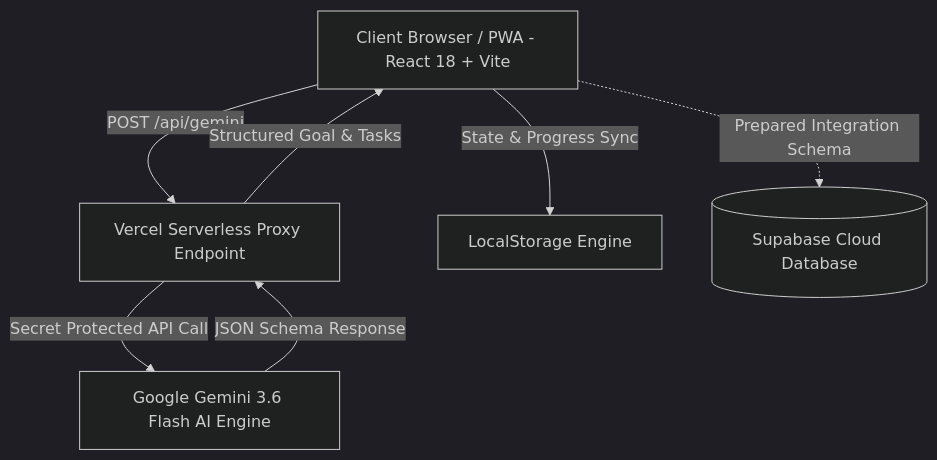
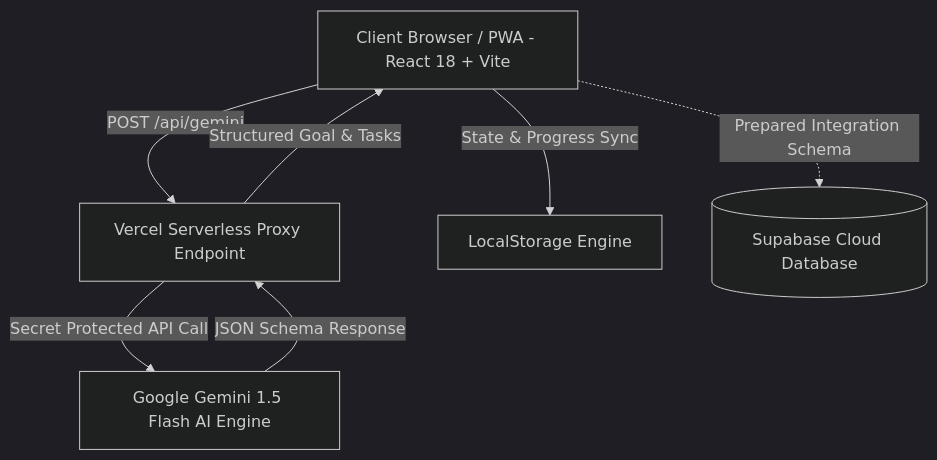
One commit to Laplace158/adim-ai changed the diagram in README.md. Above: the diagram before and after it, drawn with Mermaid (dark theme). The commit also changed other lines of this file and 1 other file, not shown here.

````diff
--- a/README.md
+++ b/README.md
@@ -33,9 +33,9 @@
 ```mermaid
 graph TD
     A[Client Browser / PWA - React 18 + Vite] -->|POST /api/gemini| B[Vercel Serverless Proxy Endpoint]
-    B -->|Secret Protected API Call| C[Google Gemini 3.6 Flash AI Engine]
+    B -->|Secret Protected API Call| C[Google Gemini 1.5 Flash AI Engine]
     C -->|JSON Schema Response| B
     B -->|Structured Goal & Tasks| A
     A -->|State & Progress Sync| D[LocalStorage Engine]
     A -.->|Prepared Integration Schema| E[(Supabase Cloud Database)]
 ```
````
